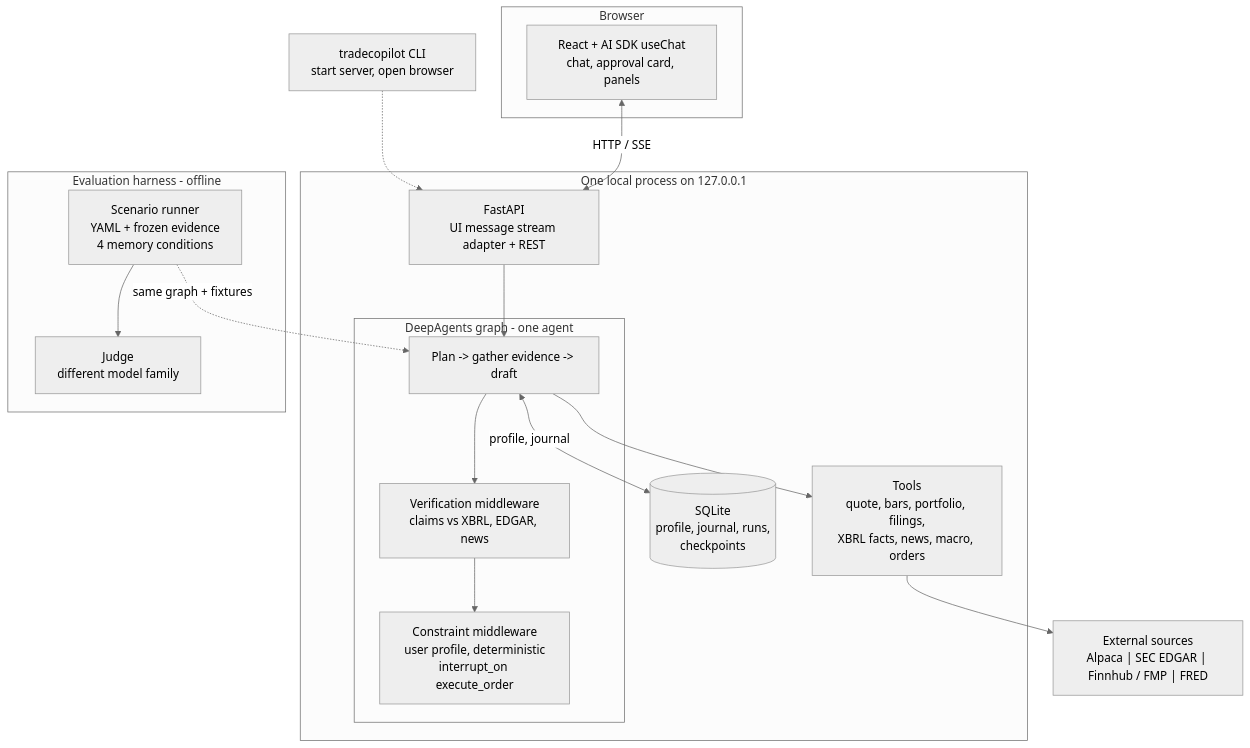
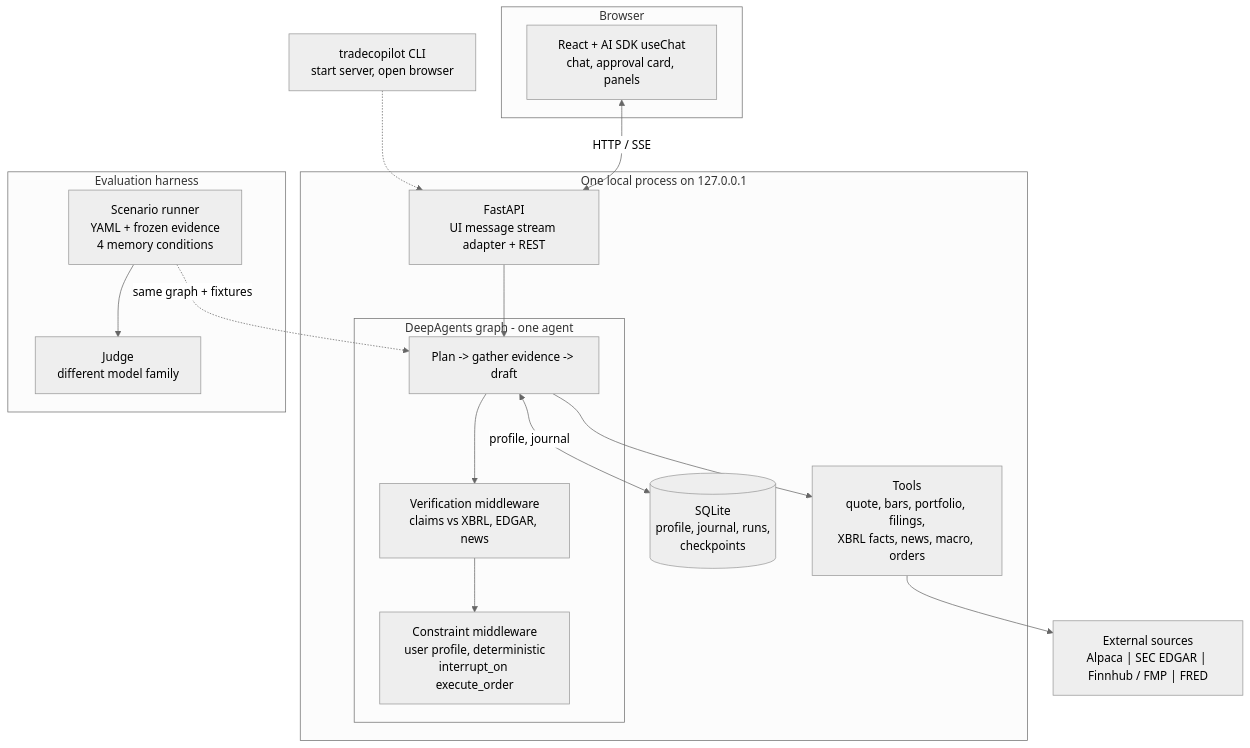
The diagram in docs/design-of-system.md (llmgp74/tradecopilot), drawn with Mermaid (neutral theme) before and after one commit. The commit also changed other lines of this file and 17 other files, not shown here.

````diff
--- a/docs/design-of-system.md
+++ b/docs/design-of-system.md
@@ -9,37 +9,37 @@
 ```mermaid
 flowchart TB
   CLI["tradecopilot CLI<br/>start server, open browser"]
 
   subgraph WEB["Browser"]
     UI["React + AI SDK useChat<br/>chat, approval card, panels"]
   end
 
   subgraph PROC["One local process on 127.0.0.1"]
     API["FastAPI<br/>UI message stream adapter + REST"]
     subgraph AGENT["DeepAgents graph - one agent"]
       LOOP["Plan -> gather evidence -> draft"]
       VER["Verification middleware<br/>claims vs XBRL, EDGAR, news"]
       CON["Constraint middleware<br/>user profile, deterministic<br/>interrupt_on execute_order"]
       LOOP --> VER --> CON
     end
     TOOLS["Tools<br/>quote, bars, portfolio, filings,<br/>XBRL facts, news, macro, orders"]
     DB[("SQLite<br/>profile, journal, runs,<br/>checkpoints")]
   end
 
   CLI -.-> API
   UI <-->|HTTP / SSE| API
   API --> LOOP
   LOOP --> TOOLS
   LOOP <-->|profile, journal| DB
 
   EXT["External sources<br/>Alpaca | SEC EDGAR | Finnhub / FMP | FRED"]
   TOOLS --> EXT
 
-  subgraph EVAL["Evaluation harness - offline"]
+  subgraph EVAL["Evaluation harness"]
     SCEN["Scenario runner<br/>YAML + frozen evidence<br/>4 memory conditions"]
     JUDGE["Judge<br/>different model family"]
     SCEN --> JUDGE
   end
 
   SCEN -.->|same graph + fixtures| LOOP
 ```
````
